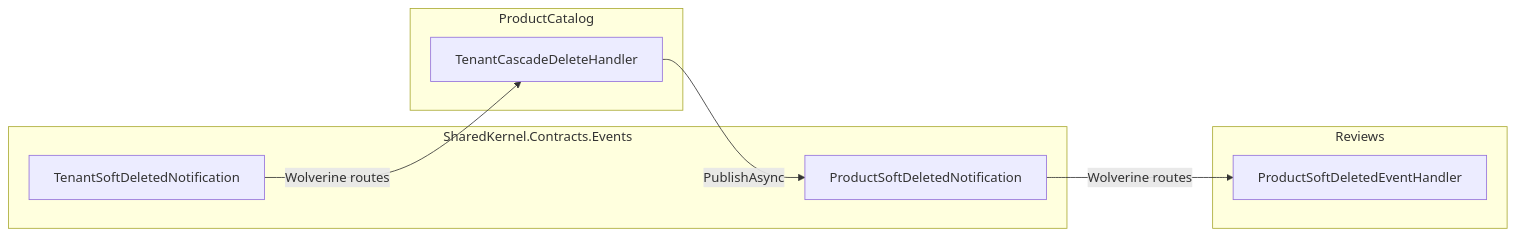
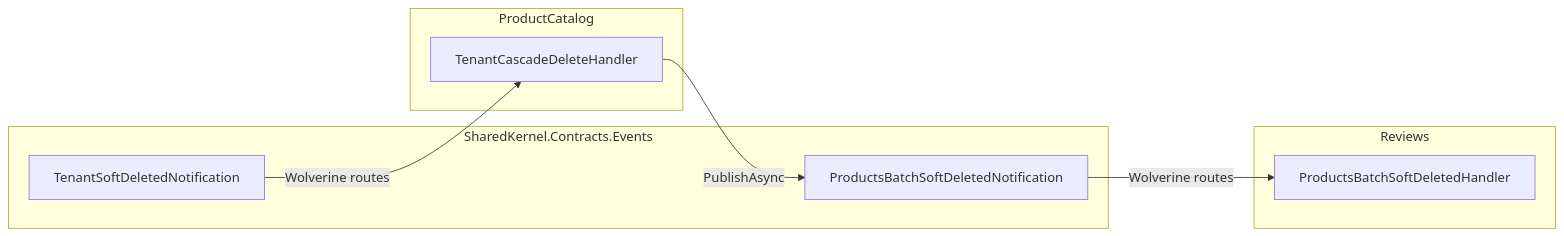
Before and after one commit to zribktad/API-Template-Modules: the fourth of 9 diagrams in README.md, drawn with Mermaid. The commit also changed other lines of this file and 4 other files, not shown here.

Commit message:
feat: Refactor product deletion process and update notification handling for batch operations

````diff
--- a/README.md
+++ b/README.md
@@ -186,19 +186,19 @@
 ```mermaid
 flowchart LR
     subgraph SharedKernel_Events ["SharedKernel.Contracts.Events"]
         EV1[TenantSoftDeletedNotification]
-        EV2[ProductSoftDeletedNotification]
+        EV2[ProductsBatchSoftDeletedNotification]
     end
 
     subgraph ProductCatalog
         PC_H[TenantCascadeDeleteHandler]
     end
 
     subgraph Reviews
-        RV_H[ProductSoftDeletedEventHandler]
+        RV_H[ProductsBatchSoftDeletedHandler]
     end
 
     EV1 -->|Wolverine routes| PC_H
     PC_H -->|PublishAsync| EV2
     EV2 -->|Wolverine routes| RV_H
 ```
````
